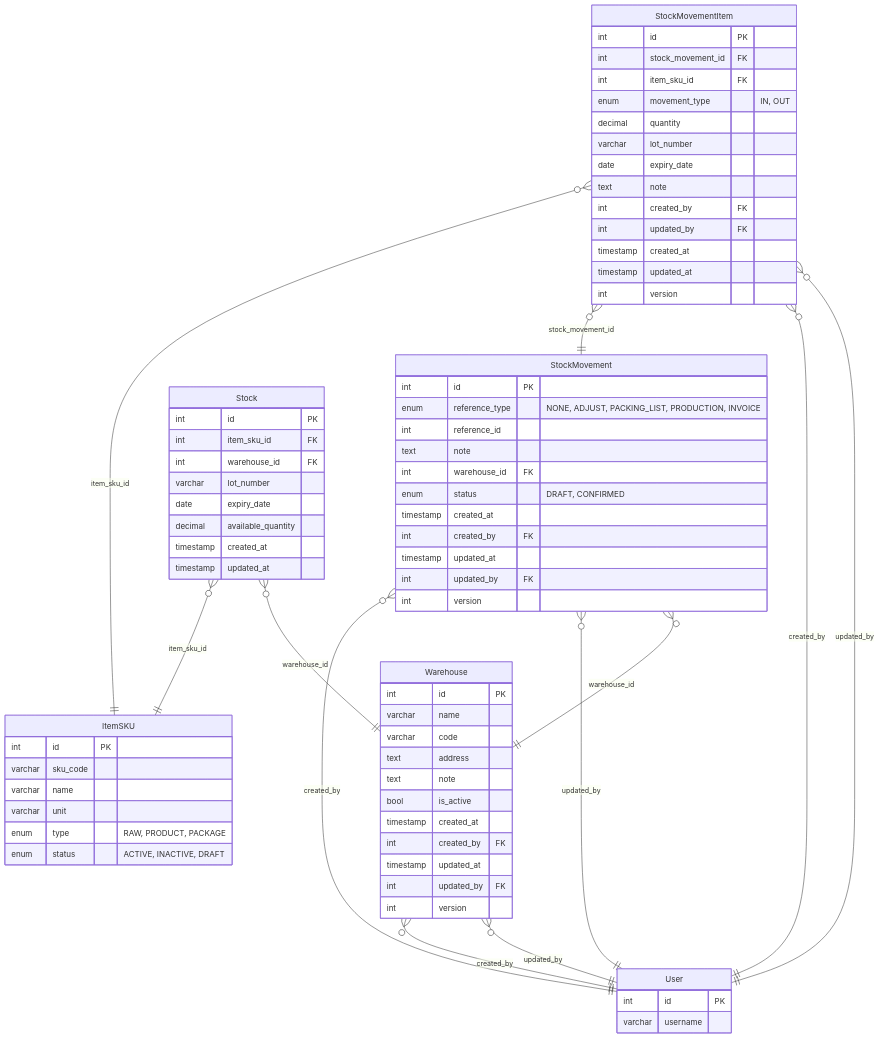
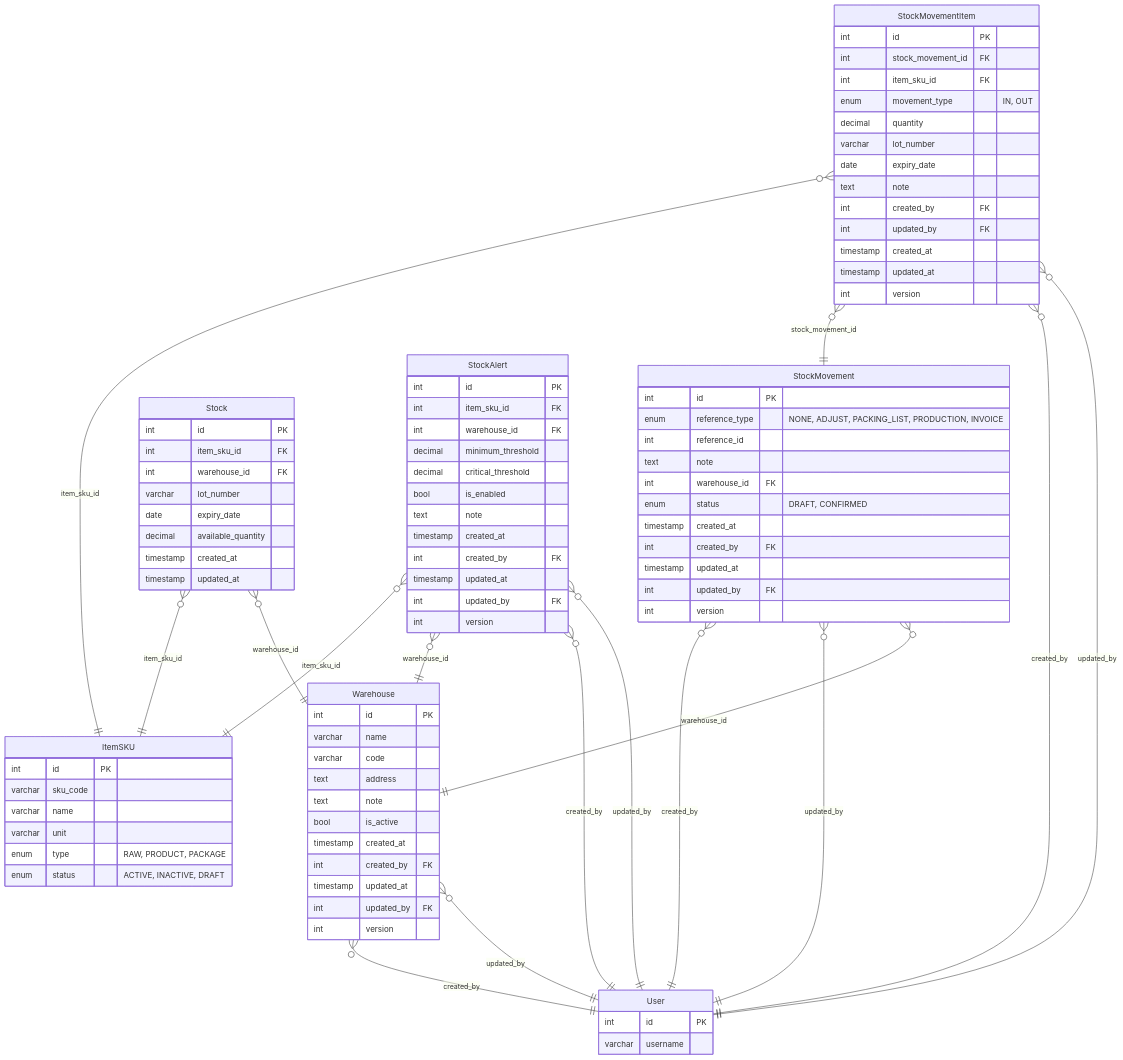
Before and after one commit to lockdoor/stockflow: the diagram in django/stockflow/docs/inventory-erd.md, drawn with Mermaid. The commit also changed 15 other files, not shown here.

Commit message:
feat: stock alert

```diff
--- a/django/stockflow/docs/inventory-erd.md
+++ b/django/stockflow/docs/inventory-erd.md
@@ -69,6 +69,26 @@
     Stock }o--|| ItemSKU : "item_sku_id"
     Stock }o--|| Warehouse : "warehouse_id"
     
+    %% Stock Alert Configuration
+    StockAlert {
+        int id PK
+        int item_sku_id FK
+        int warehouse_id FK
+        decimal minimum_threshold
+        decimal critical_threshold
+        bool is_enabled
+        text note
+        timestamp created_at
+        int created_by FK
+        timestamp updated_at
+        int updated_by FK
+        int version
+    }
+    StockAlert }o--|| ItemSKU : "item_sku_id"
+    StockAlert }o--|| Warehouse : "warehouse_id"
+    StockAlert }o--|| User : "created_by"
+    StockAlert }o--|| User : "updated_by"
+    
     %% External Context Entities
     ItemSKU {
         int id PK
```
